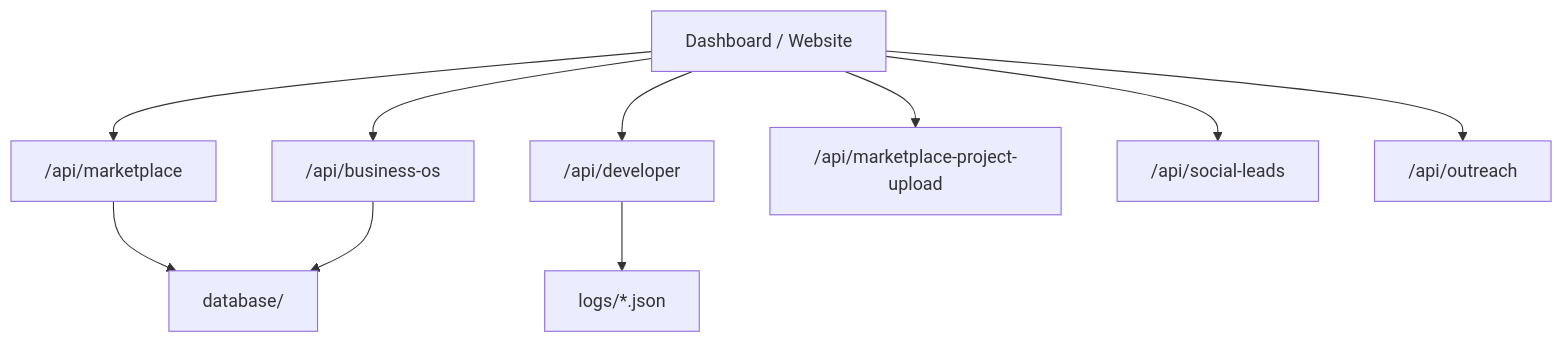
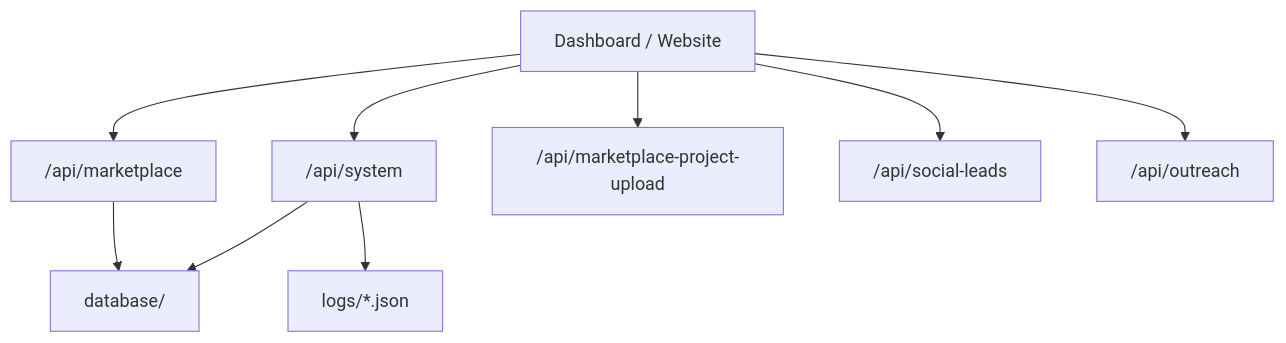
One commit to comphelper22-cell/comphelp-service changed the diagram in docs/API_SPECIFICATION.md. Above: the diagram before and after it, drawn with Mermaid. The commit also changed other lines of this file and 23 other files, not shown here.

````diff
--- a/docs/API_SPECIFICATION.md
+++ b/docs/API_SPECIFICATION.md
@@ -27,12 +27,11 @@
 ```mermaid
 flowchart TD
   Browser["Dashboard / Website"] --> Marketplace["/api/marketplace"]
-  Browser --> BusinessOS["/api/business-os"]
-  Browser --> Developer["/api/developer"]
+  Browser --> System["/api/system"]
   Browser --> Upload["/api/marketplace-project-upload"]
   Browser --> Social["/api/social-leads"]
   Browser --> Outreach["/api/outreach"]
   Marketplace --> Database["database/"]
-  BusinessOS --> Database
-  Developer --> Reports["logs/*.json"]
+  System --> Database
+  System --> Reports["logs/*.json"]
 ```
````
